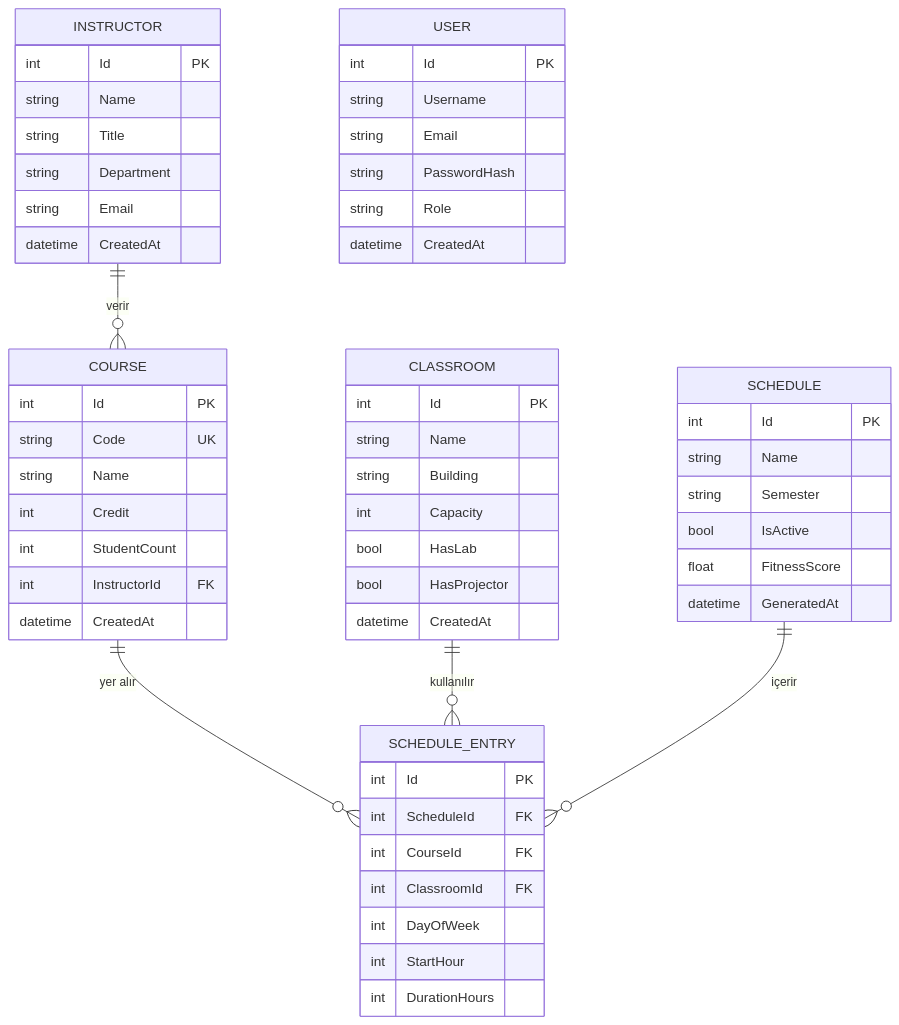
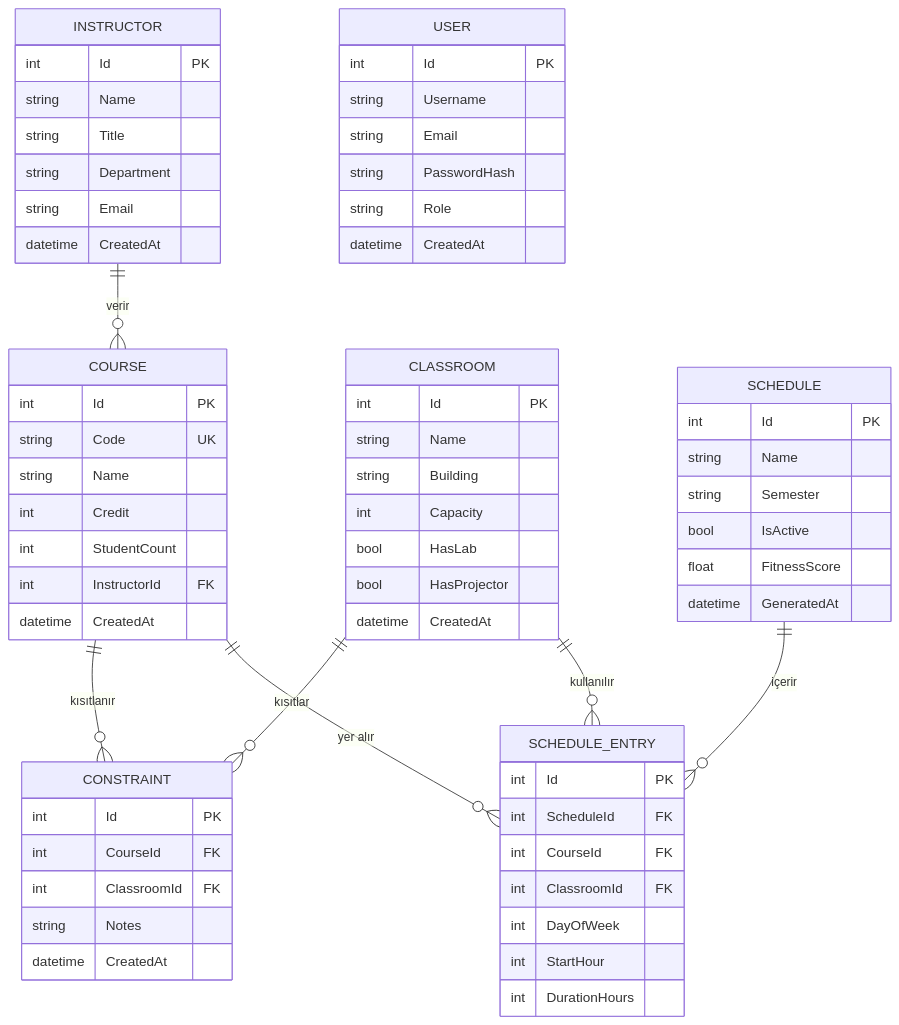
Before and after one commit to kkadir8/SmartScheduler: the diagram in docs/DATABASE_SCHEMA.md, drawn with Mermaid. The commit also changed other lines of this file and 29 other files, not shown here.

````diff
--- a/docs/DATABASE_SCHEMA.md
+++ b/docs/DATABASE_SCHEMA.md
@@ -11,64 +12,74 @@
 ```mermaid
 erDiagram
     INSTRUCTOR {
         int     Id          PK
         string  Name
         string  Title
         string  Department
         string  Email
         datetime CreatedAt
     }
 
     COURSE {
         int     Id              PK
         string  Code            UK
         string  Name
         int     Credit
         int     StudentCount
         int     InstructorId    FK
         datetime CreatedAt
     }
 
     CLASSROOM {
         int     Id          PK
         string  Name
         string  Building
         int     Capacity
         bool    HasLab
         bool    HasProjector
         datetime CreatedAt
     }
 
+    CONSTRAINT {
+        int     Id              PK
+        int     CourseId        FK
+        int     ClassroomId     FK
+        string  Notes
+        datetime CreatedAt
+    }
+
     SCHEDULE {
         int     Id          PK
         string  Name
         string  Semester
         bool    IsActive
         float   FitnessScore
         datetime GeneratedAt
     }
 
     SCHEDULE_ENTRY {
         int     Id              PK
         int     ScheduleId      FK
         int     CourseId        FK
         int     ClassroomId     FK
         int     DayOfWeek
         int     StartHour
         int     DurationHours
     }
 
     USER {
         int     Id          PK
         string  Username
         string  Email
         string  PasswordHash
         string  Role
         datetime CreatedAt
     }
 
-    INSTRUCTOR ||--o{ COURSE        : "verir"
+    INSTRUCTOR ||--o{ COURSE         : "verir"
     COURSE     ||--o{ SCHEDULE_ENTRY : "yer alır"
     CLASSROOM  ||--o{ SCHEDULE_ENTRY : "kullanılır"
     SCHEDULE   ||--o{ SCHEDULE_ENTRY : "içerir"
+    COURSE     ||--o{ CONSTRAINT     : "kısıtlanır"
+    CLASSROOM  ||--o{ CONSTRAINT     : "kısıtlar"
 ```
````
